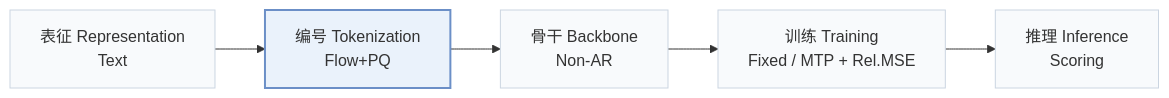
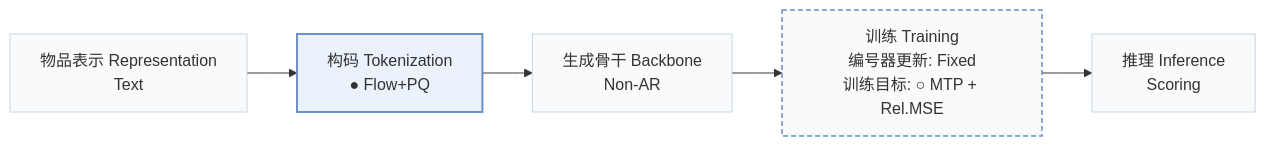
Before and after one commit to Galaxy-ghost/Awesome-SID-Generative-Rec: the first of 2 diagrams in pages/zh/papers/tlow.md, drawn with Mermaid. The commit also changed other lines of this file and 558 other files, not shown here.

````diff
--- a/pages/zh/papers/tlow.md
+++ b/pages/zh/papers/tlow.md
@@ -15,8 +19,10 @@
 ```mermaid
 flowchart LR
-    R["表征 Representation<br/>Text"] --> T["编号 Tokenization<br/>Flow+PQ"] --> B["骨干 Backbone<br/>Non-AR"] --> TR["训练 Training<br/>Fixed / MTP + Rel.MSE"] --> I["推理 Inference<br/>Scoring"]
+    R["物品表示 Representation<br/>Text"] --> T["构码 Tokenization<br/>● Flow+PQ"] --> B["生成骨干 Backbone<br/>Non-AR"] --> TR["训练 Training<br/>编号器更新: Fixed<br/>训练目标: ○ MTP + Rel.MSE"] --> I["推理 Inference<br/>Scoring"]
     classDef base fill:#f8fafc,stroke:#cbd5e1
     class R,T,B,TR,I base
+    classDef other fill:#f8fafc,stroke:#6b8fc7,stroke-width:1.5px,stroke-dasharray:5 3
+    class TR other
     classDef main fill:#eaf2fb,stroke:#6b8fc7,stroke-width:2px
     class T main
 ```
````
